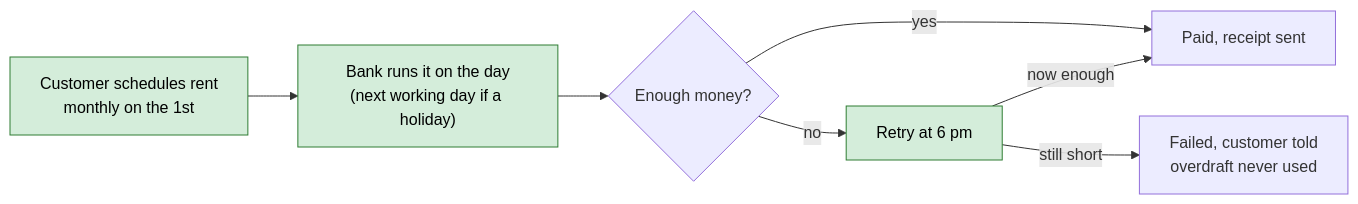
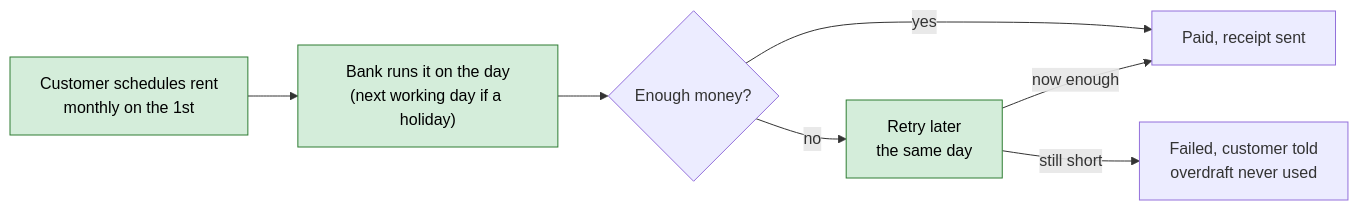
Before and after one commit to ausangshukla/openspec_demo: the second of 2 diagrams in openspec/changes/scheduled-transfers/proposal.md, drawn with Mermaid. The commit also changed other lines of this file and 7 other files, not shown here.

````diff
--- a/openspec/changes/scheduled-transfers/proposal.md
+++ b/openspec/changes/scheduled-transfers/proposal.md
@@ -55,11 +53,11 @@
 ```mermaid
 flowchart LR
     A["Customer schedules rent<br/>monthly on the 1st"] --> B["Bank runs it on the day<br/>(next working day if a holiday)"]
     B --> C{"Enough money?"}
     C -->|yes| D["Paid, receipt sent"]
-    C -->|no| E["Retry at 6 pm"]
+    C -->|no| E["Retry later<br/>the same day"]
     E -->|now enough| D
     E -->|still short| F["Failed, customer told<br/>overdraft never used"]
     classDef new fill:#d4edda,stroke:#2e7d32,color:#000
     class A,B,E new
 ```
````
